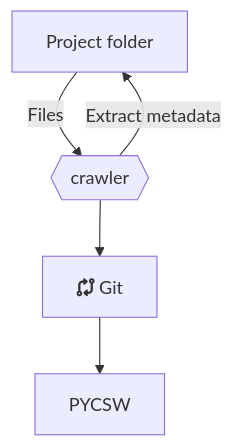
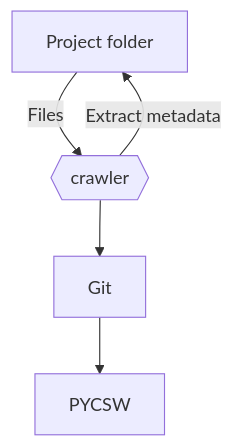
One commit to pvgenuchten/slides changed the first of 3 diagrams in slides/intro-crawler-mcf-pycsw.qmd. Above: the diagram before and after it, drawn with Mermaid. The commit also changed other lines of this file, not shown here.

Commit message:
remove icons from mermaid

````diff
--- a/slides/intro-crawler-mcf-pycsw.qmd
+++ b/slides/intro-crawler-mcf-pycsw.qmd
@@ -43,7 +43,7 @@
 ```{mermaid}
 flowchart TB
     P[Project folder] -->|Files| CI{{crawler}}
     CI -->|Extract metadata| P
-    CI --> G[fa:fa-code-compare Git] 
+    CI --> G[Git] 
     G --> PYCSW
 ```
````
